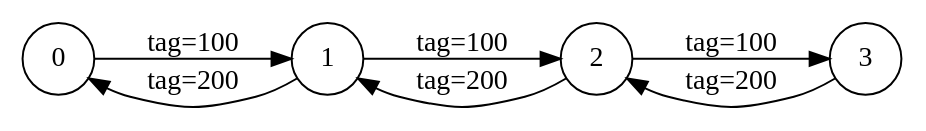
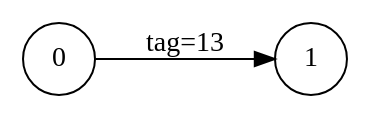
The diagram in msan_comm_graph.dot (CallmeSharanya/LLVM-Secure-MPI-Usage-Sanitizer), drawn with Graphviz before and after one commit. The commit also changed 7 other files, not shown here.

```diff
--- a/msan_comm_graph.dot
+++ b/msan_comm_graph.dot
@@ -1,10 +1,5 @@
 digraph MPIComm {
   rankdir=LR;
   node [shape=circle];
-  0 -> 1 [label="tag=100"];
-  1 -> 2 [label="tag=100"];
-  1 -> 0 [label="tag=200"];
-  2 -> 3 [label="tag=100"];
-  2 -> 1 [label="tag=200"];
-  3 -> 2 [label="tag=200"];
+  0 -> 1 [label="tag=13"];
 }
```
